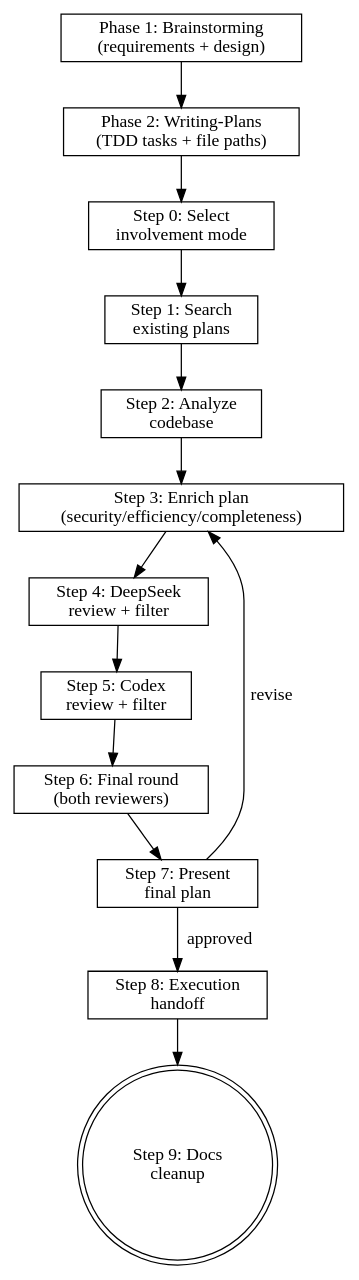
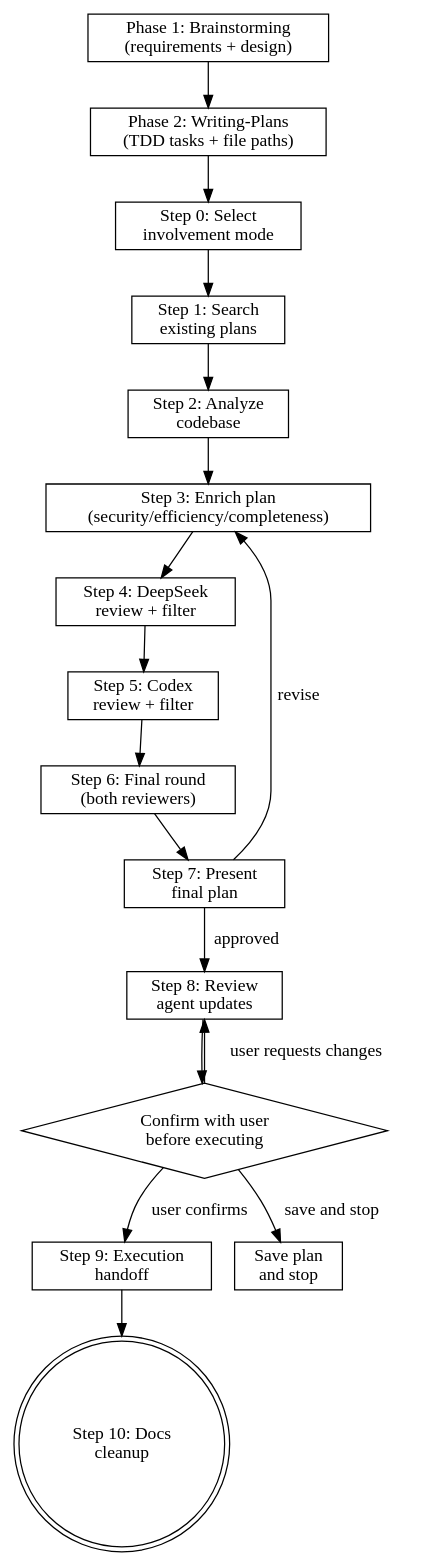
The diagram in skills/plancraft/SKILL.md (sumrae412/claude-skills), drawn with Graphviz before and after one commit. The commit also changed other lines of this file, not shown here.

````diff
--- a/skills/plancraft/SKILL.md
+++ b/skills/plancraft/SKILL.md
@@ -45,30 +46,37 @@
 ```dot
 digraph plancraft {
     node [shape=box];
     brainstorm [label="Phase 1: Brainstorming\n(requirements + design)"];
     writing [label="Phase 2: Writing-Plans\n(TDD tasks + file paths)"];
     mode [label="Step 0: Select\ninvolvement mode"];
     search [label="Step 1: Search\nexisting plans"];
     analyze [label="Step 2: Analyze\ncodebase"];
     enrich [label="Step 3: Enrich plan\n(security/efficiency/completeness)"];
     ds1 [label="Step 4: DeepSeek\nreview + filter"];
     cx1 [label="Step 5: Codex\nreview + filter"];
     final_rev [label="Step 6: Final round\n(both reviewers)"];
     present [label="Step 7: Present\nfinal plan"];
-    execute [label="Step 8: Execution\nhandoff"];
-    cleanup [label="Step 9: Docs\ncleanup" shape=doublecircle];
+    review_updates [label="Step 8: Review\nagent updates"];
+    confirm [label="Confirm with user\nbefore executing" shape=diamond];
+    execute [label="Step 9: Execution\nhandoff"];
+    cleanup [label="Step 10: Docs\ncleanup" shape=doublecircle];
 
     brainstorm -> writing;
     writing -> mode;
     mode -> search;
     search -> analyze;
     analyze -> enrich;
     enrich -> ds1;
     ds1 -> cx1;
     cx1 -> final_rev;
     final_rev -> present;
-    present -> execute [label="approved"];
+    present -> review_updates [label="approved"];
     present -> enrich [label="revise"];
+    review_updates -> confirm;
+    confirm -> execute [label="user confirms"];
+    confirm -> review_updates [label="user requests changes"];
+    save_stop [label="Save plan\nand stop"];
+    confirm -> save_stop [label="save and stop"];
     execute -> cleanup;
 }
 ```
````
